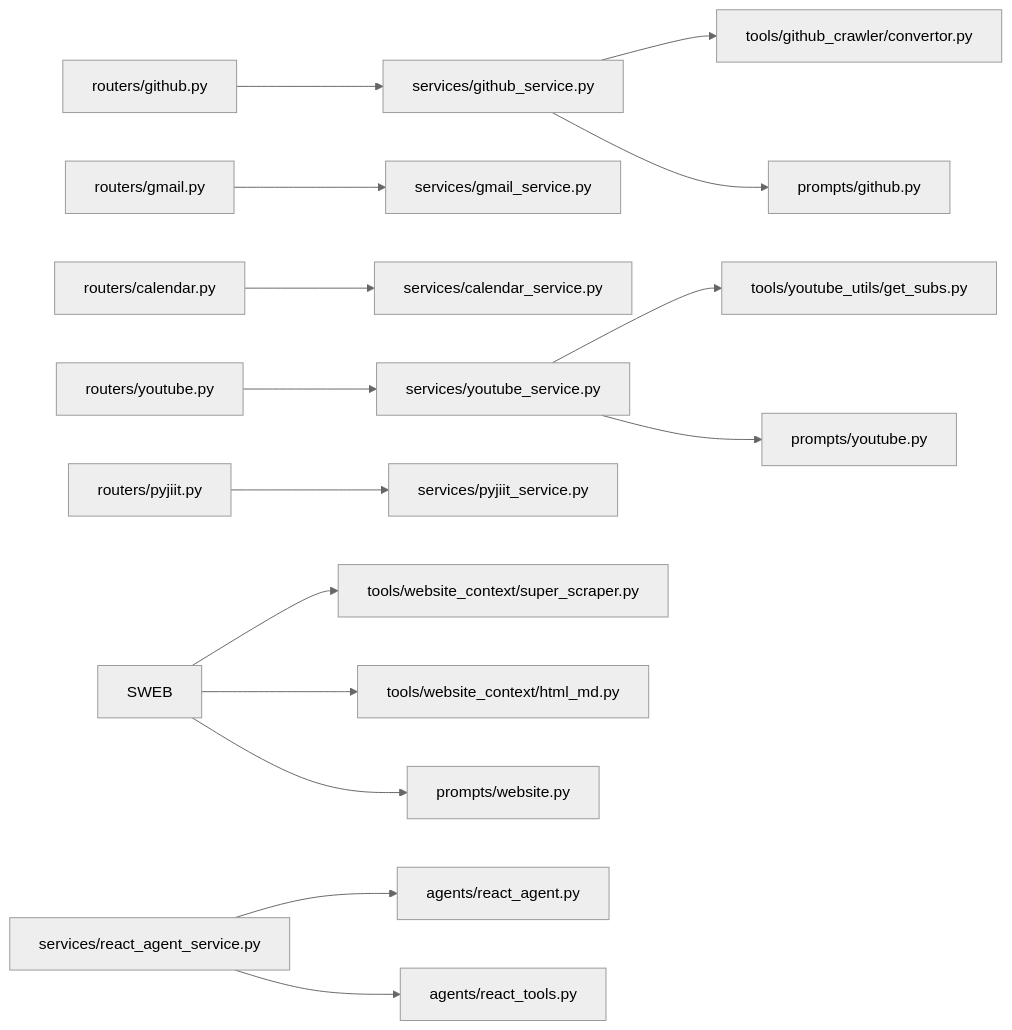
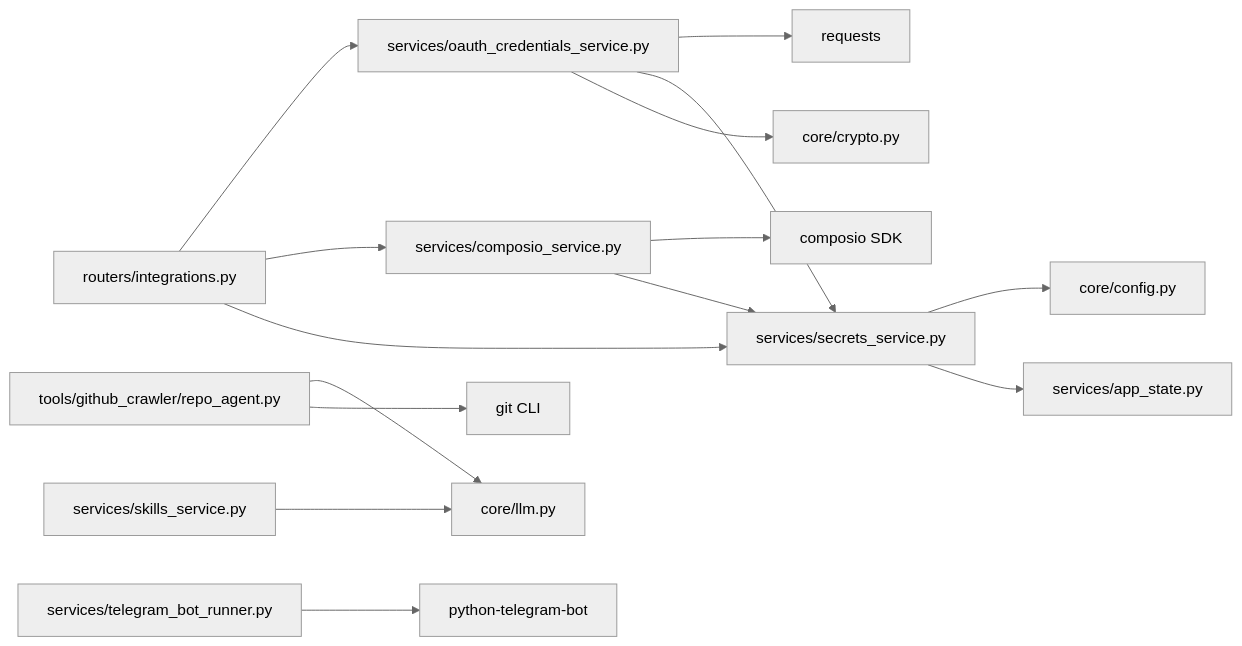
One commit to tashifkhan/tashif.codes changed the fourth of 4 diagrams in src/data/docs/agentic-browser/Service Integrations/Service Integrations.md. Above: the diagram before and after it, drawn with Mermaid (neutral theme). The commit also changed other lines of this file and 114 other files, not shown here.

````diff
--- a/src/data/docs/agentic-browser/Service Integrations/Service Integrations.md
+++ b/src/data/docs/agentic-browser/Service Integrations/Service Integrations.md
@@ -363,17 +149,17 @@
 ```mermaid
 graph LR
-RG["routers/github.py"] --> SGIH["services/github_service.py"]
-RMG["routers/gmail.py"] --> SGM["services/gmail_service.py"]
-RCal["routers/calendar.py"] --> SCAL["services/calendar_service.py"]
-RYT["routers/youtube.py"] --> SYT["services/youtube_service.py"]
-RPJIIT["routers/pyjiit.py"] --> SPJIIT["services/pyjiit_service.py"]
-SGIH --> TGHC["tools/github_crawler/convertor.py"]
-SYT --> TYSUB["tools/youtube_utils/get_subs.py"]
-SWEB --> TWS["tools/website_context/super_scraper.py"]
-SWEB --> TWMD["tools/website_context/html_md.py"]
-SGIH --> PGH["prompts/github.py"]
-SYT --> PYT["prompts/youtube.py"]
-SWEB --> PWEB["prompts/website.py"]
-SRA["services/react_agent_service.py"] --> AG["agents/react_agent.py"]
-SRA --> AT["agents/react_tools.py"]
+  Int["routers/integrations.py"] --> Sec["services/secrets_service.py"]
+  Int --> Comp["services/composio_service.py"]
+  Int --> OAuth["services/oauth_credentials_service.py"]
+  Comp --> Sec
+  Comp --> SDK["composio SDK"]
+  OAuth --> Crypto["core/crypto.py"]
+  OAuth --> Sec
+  OAuth --> Requests["requests"]
+  Sec --> State["services/app_state.py"]
+  Sec --> Env["core/config.py"]
+  Skills["services/skills_service.py"] --> LLM["core/llm.py"]
+  Repo["tools/github_crawler/repo_agent.py"] --> Git["git CLI"]
+  Repo --> LLM
+  Bot["services/telegram_bot_runner.py"] --> PTB["python-telegram-bot"]
 ```
````
